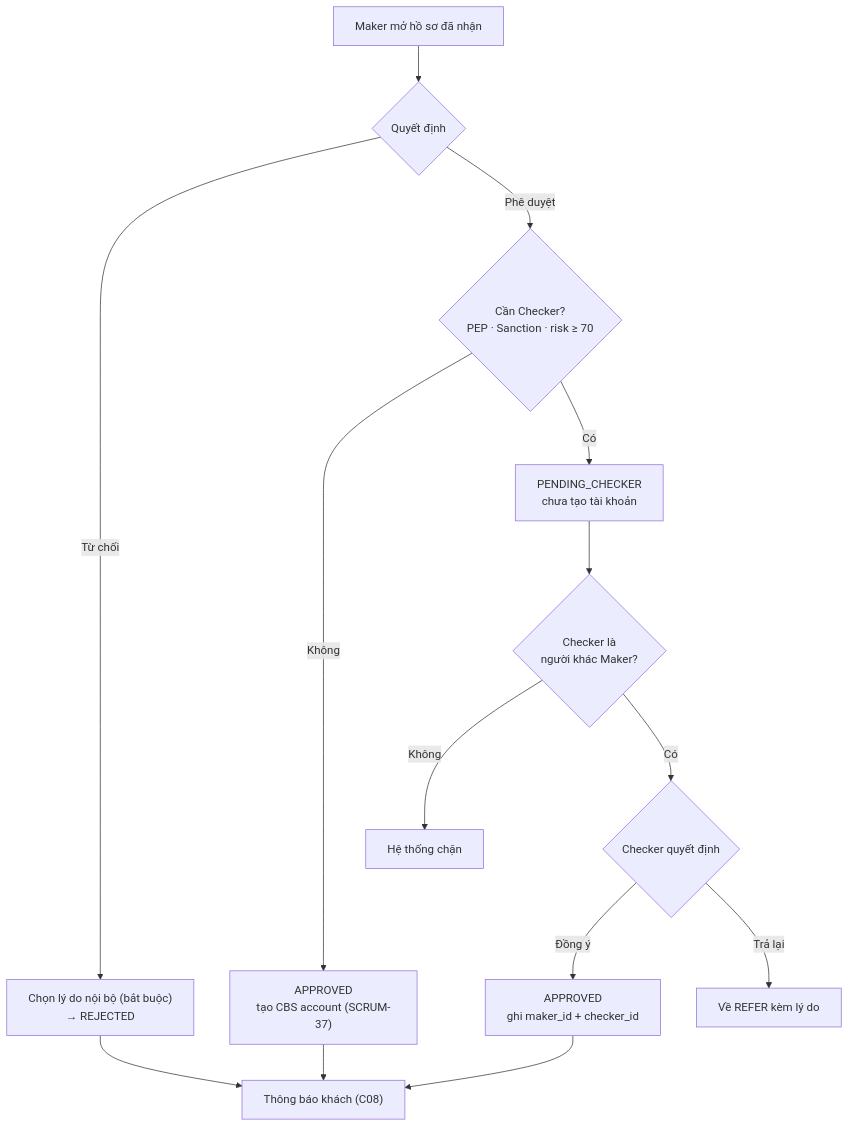
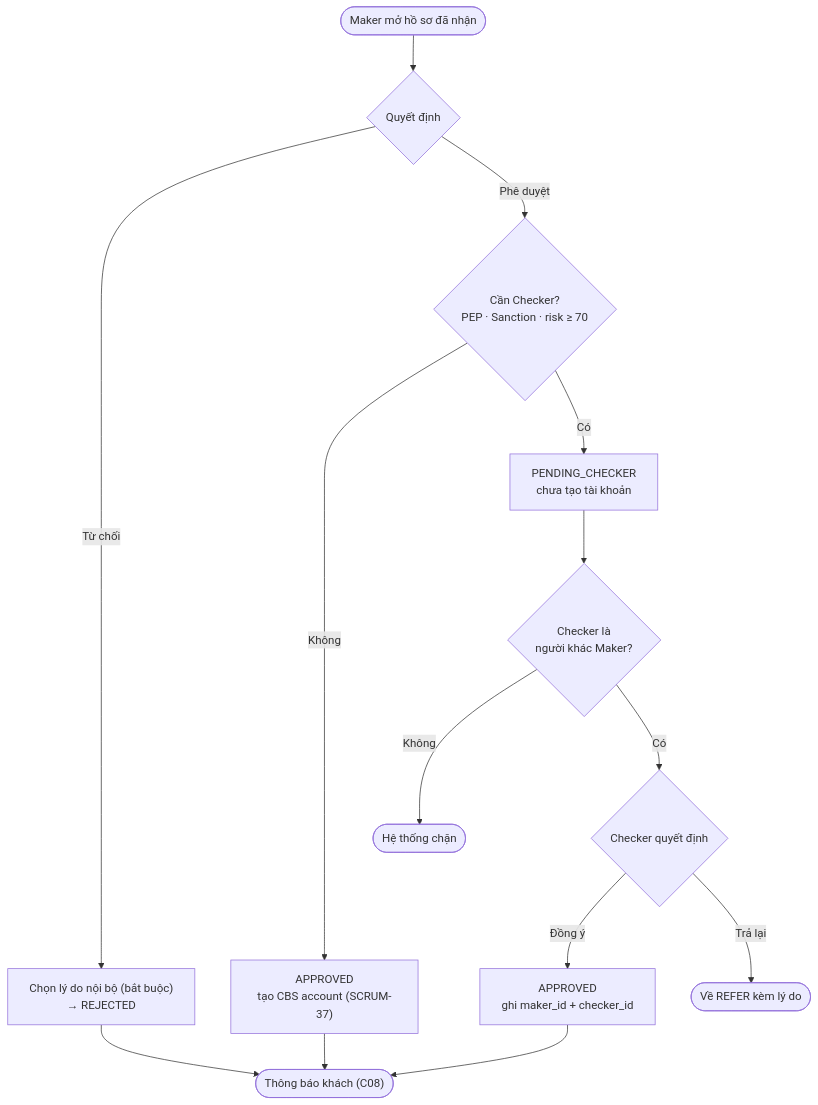
One commit to handao2303/aegis-ekyc-ui changed the first of 2 diagrams in docs/01-ekyc/1.1-business/C10-maker-checker-audit.md. Above: the diagram before and after it, drawn with Mermaid. The commit also changed other lines of this file and 54 other files, not shown here.

Commit message:
Full doc review: acceptance criteria for REQ-LIM-01..26, REQ-REC-21..24; header metadata (status, standard, version) completed on 24 docs; C03, Q01 approval; A03 API numbering note; start/end terminals on 10 process flowcharts; diagrams re-rendered

````diff
--- a/docs/01-ekyc/1.1-business/C10-maker-checker-audit.md
+++ b/docs/01-ekyc/1.1-business/C10-maker-checker-audit.md
@@ -13,16 +14,16 @@
 ```mermaid
 flowchart TD
-    A["Maker mở hồ sơ đã nhận"] --> B{"Quyết định"}
+    A(["Maker mở hồ sơ đã nhận"]) --> B{"Quyết định"}
     B -- "Từ chối" --> R["Chọn lý do nội bộ (bắt buộc)<br/>→ REJECTED"]
     B -- "Phê duyệt" --> C{"Cần Checker?<br/>PEP · Sanction · risk ≥ 70"}
     C -- "Không" --> AP["APPROVED<br/>tạo CBS account (SCRUM-37)"]
     C -- "Có" --> P["PENDING_CHECKER<br/>chưa tạo tài khoản"]
     P --> D{"Checker là<br/>người khác Maker?"}
-    D -- "Không" --> X["Hệ thống chặn"]
+    D -- "Không" --> X(["Hệ thống chặn"])
     D -- "Có" --> E{"Checker quyết định"}
     E -- "Đồng ý" --> AP2["APPROVED<br/>ghi maker_id + checker_id"]
-    E -- "Trả lại" --> RF["Về REFER kèm lý do"]
-    R --> N["Thông báo khách (C08)"]
+    E -- "Trả lại" --> RF(["Về REFER kèm lý do"])
+    R --> N(["Thông báo khách (C08)"])
     AP --> N
     AP2 --> N
 ```
````
